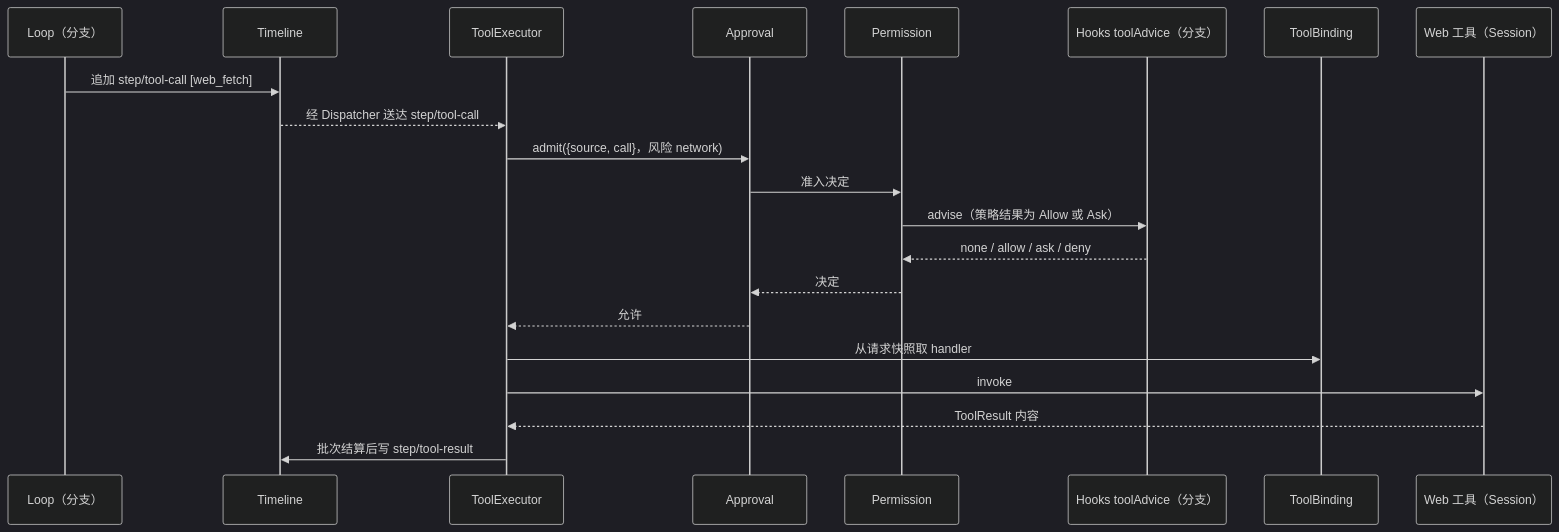
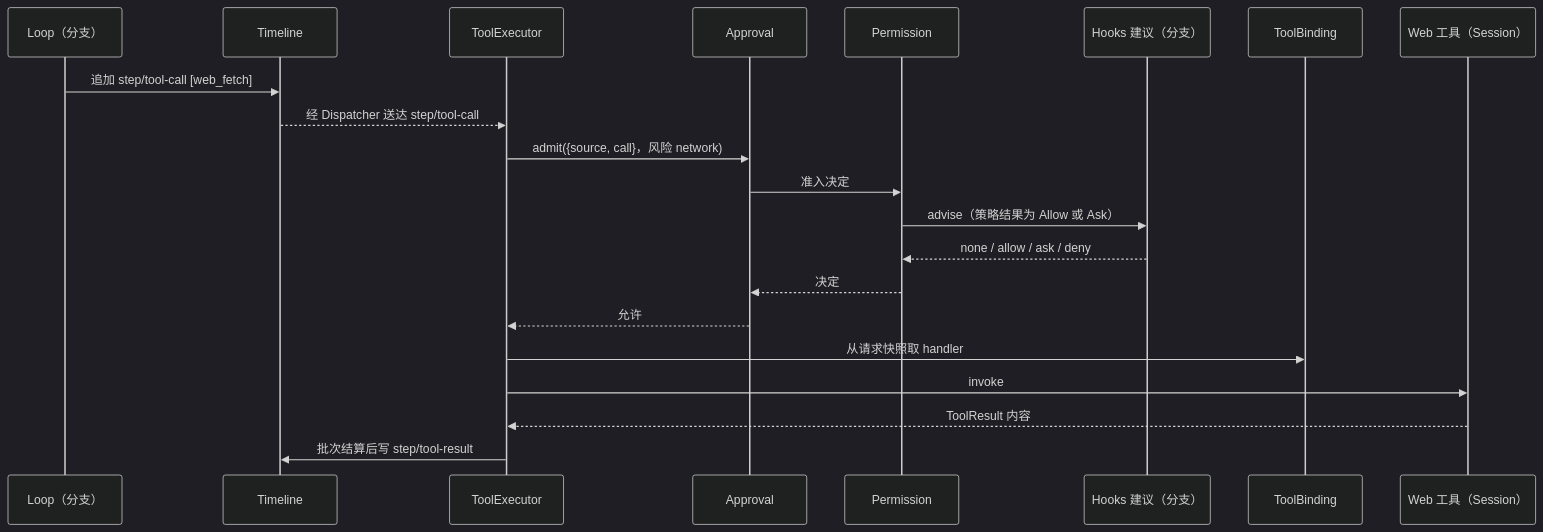
Before and after one commit to CoutinhoTTS/dim-agent: the third of 8 diagrams in docs/zh/design/overview.md, drawn with Mermaid (dark theme). The commit also changed other lines of this file and 11 other files, not shown here.

````diff
--- a/docs/zh/design/overview.md
+++ b/docs/zh/design/overview.md
@@ -184,23 +184,23 @@
 ```mermaid
 sequenceDiagram
   participant LP as Loop（分支）
   participant TL as Timeline
   participant TE as ToolExecutor
   participant AP as Approval
   participant PM as Permission
-  participant HK as Hooks toolAdvice（分支）
+  participant HK as Hooks 建议（分支）
   participant TB as ToolBinding
   participant W as Web 工具（Session）
   LP->>TL: 追加 step/tool-call [web_fetch]
   TL-->>TE: 经 Dispatcher 送达 step/tool-call
   TE->>AP: admit({source, call}，风险 network)
   AP->>PM: 准入决定
   PM->>HK: advise（策略结果为 Allow 或 Ask）
   HK-->>PM: none / allow / ask / deny
   PM-->>AP: 决定
   AP-->>TE: 允许
   TE->>TB: 从请求快照取 handler
   TE->>W: invoke
   W-->>TE: ToolResult 内容
   TE->>TL: 批次结算后写 step/tool-result
 ```
````
